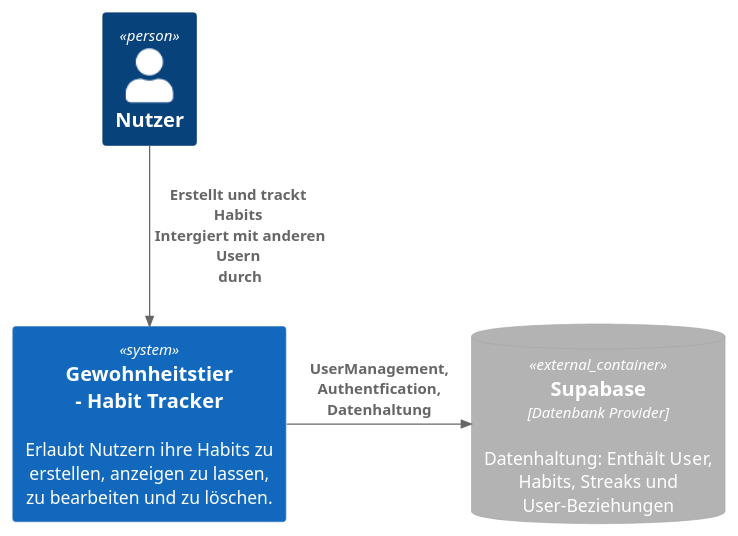
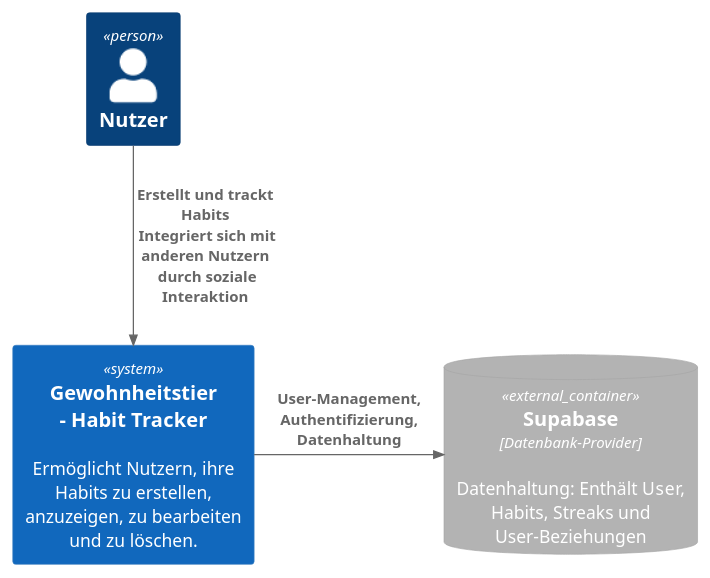
The first of 3 diagrams in docs/architecture/plantuml/c4Context.puml (1tristan0/SE-HabitTracker-3.B), drawn with PlantUML before and after one commit. The commit also changed other lines of this file, not shown here.

```diff
--- a/docs/architecture/plantuml/c4Context.puml
+++ b/docs/architecture/plantuml/c4Context.puml
@@ -12,16 +12,16 @@
 @startuml
 !include https://raw.githubusercontent.com/plantuml-stdlib/C4-PlantUML/master/C4_Container.puml
 
 Person(customer, "Nutzer")
-  System(webApp, "Gewohnheitstier\n - Habit Tracker",  "Erlaubt Nutzern ihre Habits zu erstellen, anzeigen zu lassen, zu bearbeiten und zu löschen. ")
+  System(webApp, "Gewohnheitstier\n - Habit Tracker",  "Ermöglicht Nutzern, ihre Habits zu erstellen, anzuzeigen, zu bearbeiten und zu löschen.")
 
 
 
-  ContainerDb_Ext(db,    "Supabase",  "Datenbank Provider", "Datenhaltung: Enthält User, Habits, Streaks und User-Beziehungen")
+  ContainerDb_Ext(db,    "Supabase",  "Datenbank-Provider", "Datenhaltung: Enthält User, Habits, Streaks und User-Beziehungen")
 
 
-Rel(customer, webApp, "Erstellt und trackt Habits \n Intergiert mit anderen Usern \n durch ")
+Rel(customer, webApp, "Erstellt und trackt Habits \n Integriert sich mit anderen Nutzern \n durch soziale Interaktion")
 
-Rel_R(webApp, db,     "UserManagement, Authentfication, Datenhaltung")
+Rel_R(webApp, db,     "User-Management, Authentifizierung, Datenhaltung")
 
 @enduml
```
